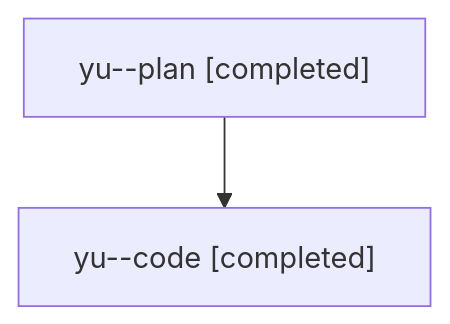
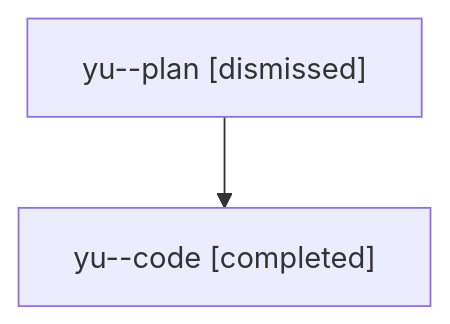
Before and after one commit to bobs-org/bob-cli--agents: the diagram in families/bbugyi200.athena.yu.md, drawn with Mermaid. The commit also changed other lines of this file and 16 other files, not shown here.

````diff
--- a/families/bbugyi200.athena.yu.md
+++ b/families/bbugyi200.athena.yu.md
@@ -9,6 +9,6 @@
 ```mermaid
 flowchart TD
-  n0["yu--plan [completed]"]
+  n0["yu--plan [dismissed]"]
   n1["yu--code [completed]"]
   n0 --> n1
 ```
````
